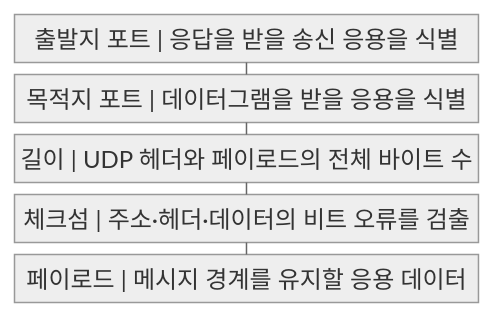
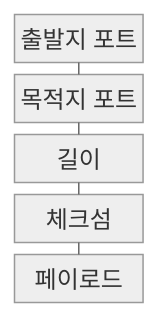
One commit to agnusdei1207/knowledge-base changed the first of 2 diagrams in src/content/docs/notes/04-network/026_udp_characteristics.md. Above: the diagram before and after it, drawn with Mermaid (neutral theme). The commit also changed other lines of this file and 122 other files, not shown here.

````diff
--- a/src/content/docs/notes/04-network/026_udp_characteristics.md
+++ b/src/content/docs/notes/04-network/026_udp_characteristics.md
@@ -56,13 +56,13 @@
 ```mermaid
-block
+block-beta
     columns 1
-    A["출발지 포트 | 응답을 받을 송신 응용을 식별"]
-    B["목적지 포트 | 데이터그램을 받을 응용을 식별"]
-    C["길이 | UDP 헤더와 페이로드의 전체 바이트 수"]
-    D["체크섬 | 주소·헤더·데이터의 비트 오류를 검출"]
-    E["페이로드 | 메시지 경계를 유지할 응용 데이터"]
+    A["출발지 포트"]
+    B["목적지 포트"]
+    C["길이"]
+    D["체크섬"]
+    E["페이로드"]
     A --- B
     B --- C
     C --- D
     D --- E
 ```
````
